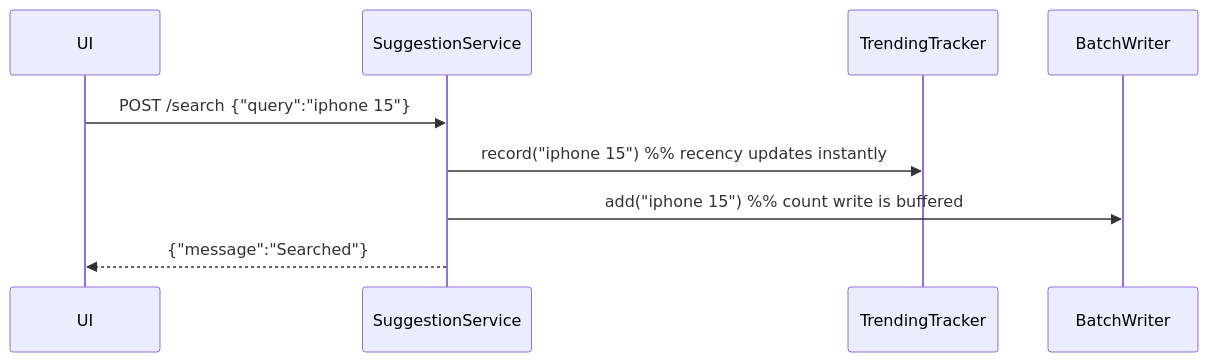
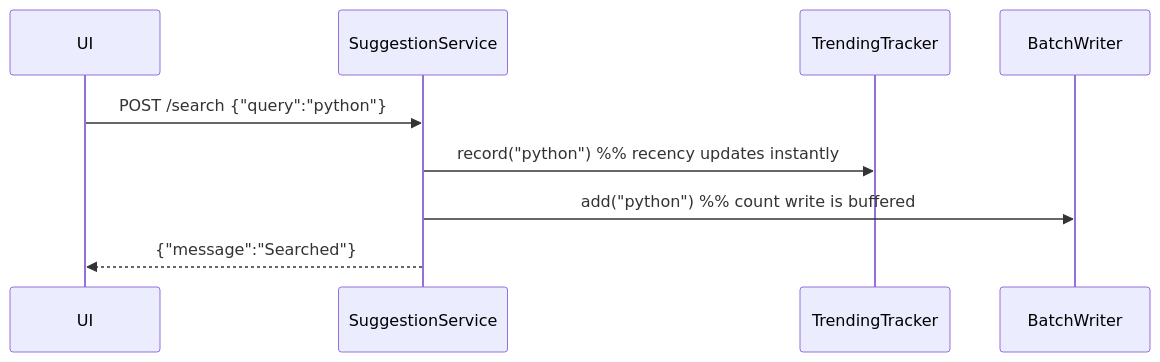
Before and after one commit to milesmoralis2411/hld_assignment: the third of 4 diagrams in docs/ARCHITECTURE.md, drawn with Mermaid. The commit also changed 1 other file, not shown here.

Commit message:
README/docs: align examples with real dataset; add §12 submission checklist
- Add an explicit "Submission checklist (assignment §12)" mapping every expected
  submission item to where it lives.
- Update API examples (/suggest, /search, /trending) and the cache-routing
  example to real-dataset values.
- Make the architecture sequence-diagram example single-word for consistency.

````diff
--- a/docs/ARCHITECTURE.md
+++ b/docs/ARCHITECTURE.md
@@ -91,11 +91,11 @@
 ```mermaid
 sequenceDiagram
   participant U as UI
   participant S as SuggestionService
   participant TR as TrendingTracker
   participant B as BatchWriter
-  U->>S: POST /search {"query":"iphone 15"}
-  S->>TR: record("iphone 15")   %% recency updates instantly
-  S->>B: add("iphone 15")       %% count write is buffered
+  U->>S: POST /search {"query":"python"}
+  S->>TR: record("python")      %% recency updates instantly
+  S->>B: add("python")          %% count write is buffered
   S-->>U: {"message":"Searched"}
 ```
````
